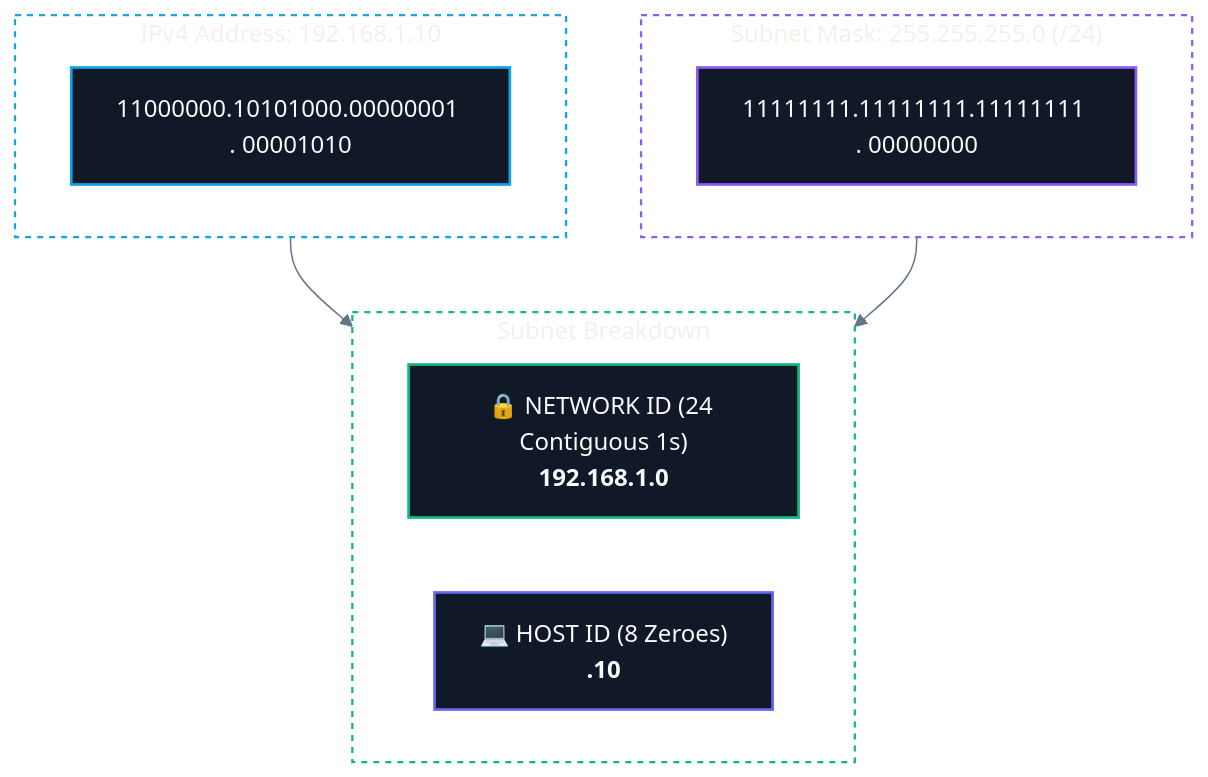
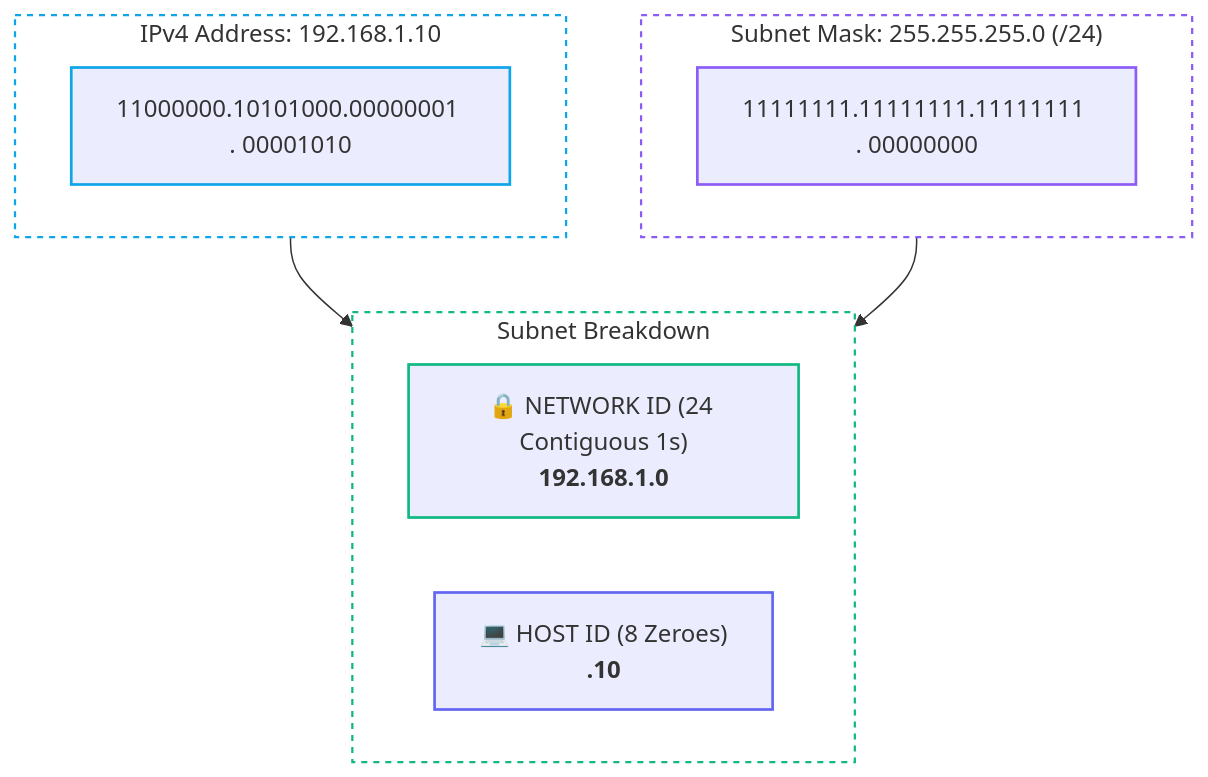
One commit to abhinavbharti2345/CS_Notes changed the first of 2 diagrams in CS/Computer Networking/03. IP Addressing & Subnetting/03. Subnet Masks and CIDR Notation.md. Above: the diagram before and after it, drawn with Mermaid. The commit also changed other lines of this file and 91 other files, not shown here.

````diff
--- a/CS/Computer Networking/03. IP Addressing & Subnetting/03. Subnet Masks and CIDR Notation.md
+++ b/CS/Computer Networking/03. IP Addressing & Subnetting/03. Subnet Masks and CIDR Notation.md
@@ -26,32 +26,31 @@
 ```mermaid
-%%{init: {'theme': 'base', 'themeVariables': { 'darkMode': true, 'background': '#0B0F14', 'mainBkg': '#111827', 'primaryColor': '#111827', 'primaryTextColor': '#F8FAFC', 'primaryBorderColor': '#38BDF8', 'lineColor': '#64748B', 'secondaryColor': '#0B0F14', 'tertiaryColor': '#0B0F14', 'clusterBkg': '#0B0F14', 'clusterBorder': '#38BDF8' }}}%%
 flowchart TD
     subgraph IPAddress["IPv4 Address: 192.168.1.10"]
         IP["11000000.10101000.00000001 . 00001010"]
     end
     
     subgraph SubnetMask["Subnet Mask: 255.255.255.0 (/24)"]
         Mask["11111111.11111111.11111111 . 00000000"]
     end
 
     subgraph Result["Subnet Breakdown"]
         Net["🔒 NETWORK ID (24 Contiguous 1s)<br><b>192.168.1.0</b>"]
         Host["💻 HOST ID (8 Zeroes)<br><b>.10</b>"]
     end
 
     IPAddress & SubnetMask --> Result
 
     style IPAddress fill:none,stroke:#0ea5e9,stroke-width:1.5px,stroke-dasharray:4 4
     style SubnetMask fill:none,stroke:#8b5cf6,stroke-width:1.5px,stroke-dasharray:4 4
     style Result fill:none,stroke:#10b981,stroke-width:1.5px,stroke-dasharray:4 4
 
-    classDef ip fill:#111827,stroke:#0ea5e9,stroke-width:1.8px,color:#F8FAFC;
-    classDef mask fill:#111827,stroke:#8b5cf6,stroke-width:1.8px,color:#F8FAFC;
-    classDef net fill:#111827,stroke:#10b981,stroke-width:1.8px,color:#F8FAFC;
-    classDef host fill:#111827,stroke:#6366f1,stroke-width:1.8px,color:#F8FAFC;
+    classDef ip stroke:#0ea5e9,stroke-width:1.8px;
+    classDef mask stroke:#8b5cf6,stroke-width:1.8px;
+    classDef net stroke:#10b981,stroke-width:1.8px;
+    classDef host stroke:#6366f1,stroke-width:1.8px;
 
     class IP ip;
     class Mask mask;
     class Net net;
     class Host host;
 ```
````
